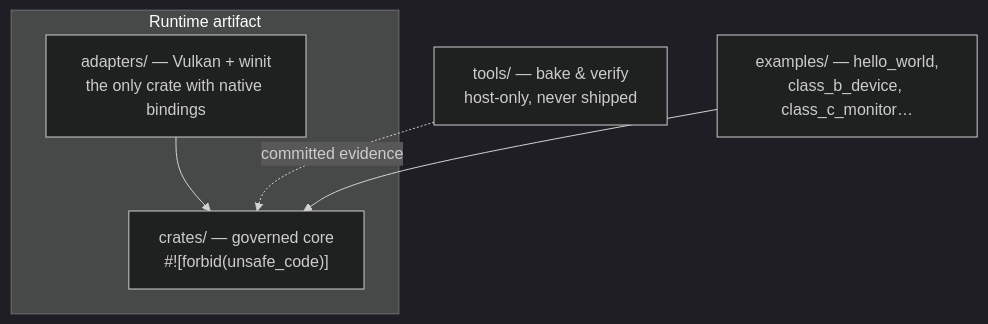
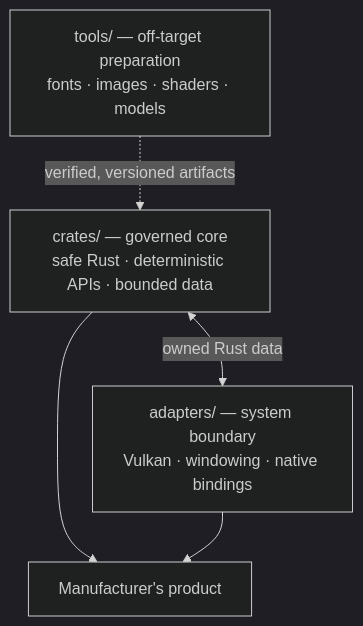
The second of 2 diagrams in README.en.md (ambroise-leclerc/TrustSC), drawn with Mermaid (dark theme) before and after one commit. The commit also changed other lines of this file and 1 other file, not shown here.

````diff
--- a/README.en.md
+++ b/README.en.md
@@ -61,8 +98,12 @@
 ```mermaid
-graph TD
-    subgraph runtime ["Runtime artifact"]
-        A["adapters/ — Vulkan + winit<br/>the only crate with native bindings"] --> C["crates/ — governed core<br/>#![forbid(unsafe_code)]"]
-    end
-    T["tools/ — bake &amp; verify<br/>host-only, never shipped"] -. "committed evidence" .-> C
-    E["examples/ — hello_world,<br/>class_b_device, class_c_monitor…"] --> C
+flowchart TB
+    T["tools/ — off-target preparation<br/>fonts · images · shaders · models"]
+    G["crates/ — governed core<br/>safe Rust · deterministic APIs · bounded data"]
+    A["adapters/ — system boundary<br/>Vulkan · windowing · native bindings"]
+    P["Manufacturer's product"]
+
+    T -. "verified, versioned artifacts" .-> G
+    G --> P
+    A --> P
+    G <-->|"owned Rust data"| A
 ```
````
